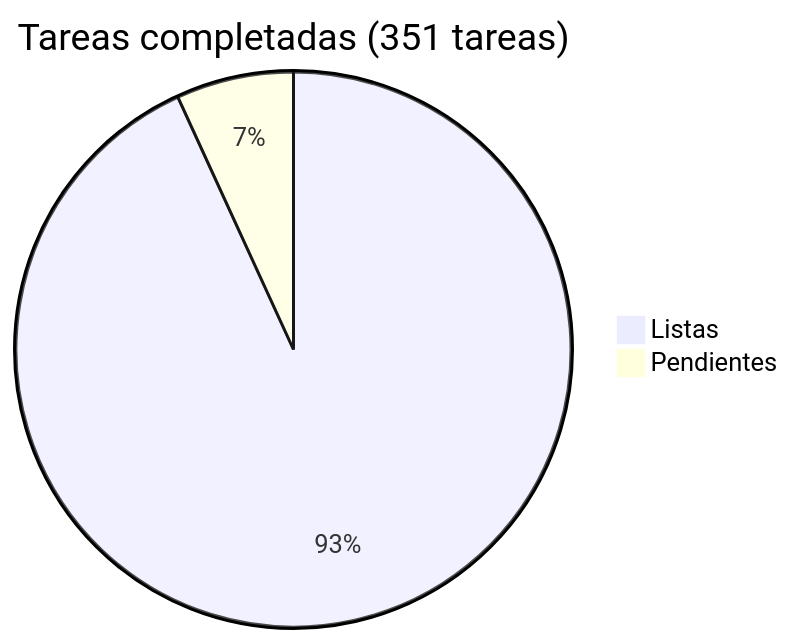
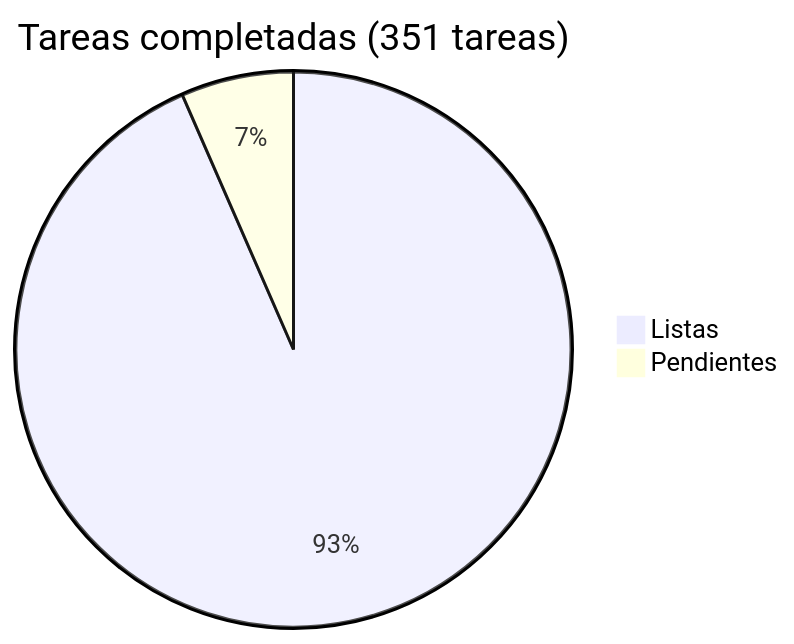
One commit to araguaney-lat/araguaney changed the diagram in docs/roadmap/README.md. Above: the diagram before and after it, drawn with Mermaid. The commit also changed other lines of this file and 9 other files, not shown here.

````diff
--- a/docs/roadmap/README.md
+++ b/docs/roadmap/README.md
@@ -5,5 +5,5 @@
 ```mermaid
 pie title Tareas completadas (351 tareas)
-    "Listas" : 327
-    "Pendientes" : 24
+    "Listas" : 328
+    "Pendientes" : 23
 ```
````
